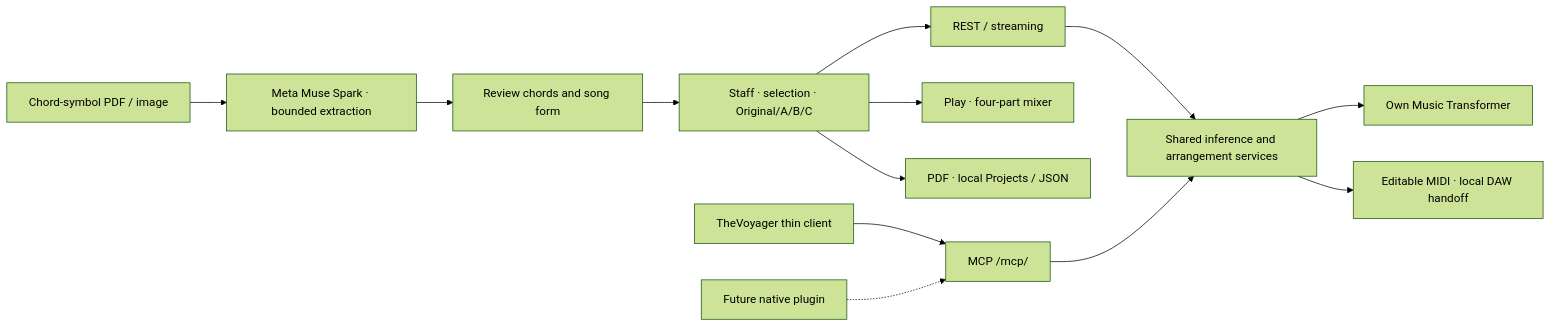
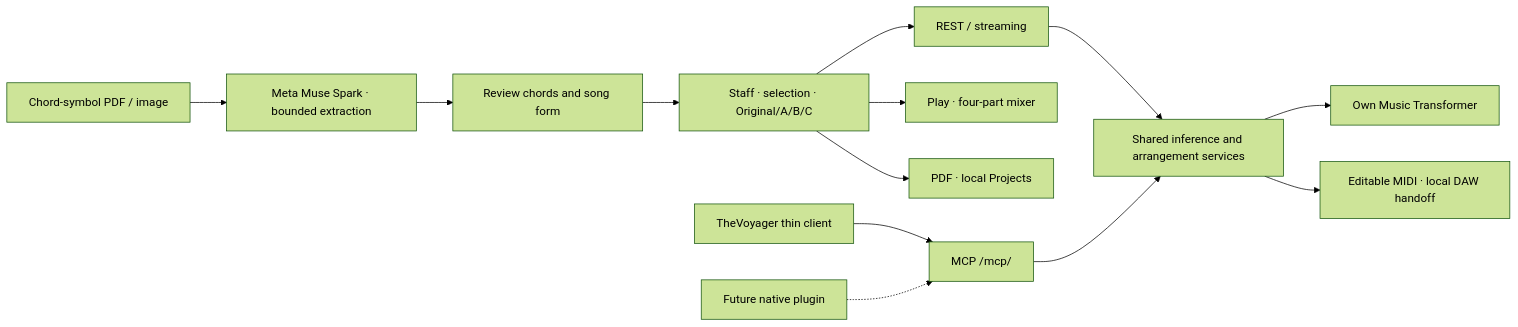
The first of 4 diagrams in README.md (PearlLeeStudio/TheArtist-DAW), drawn with Mermaid (forest theme) before and after one commit. The commit also changed other lines of this file and 5 other files, not shown here.

````diff
--- a/README.md
+++ b/README.md
@@ -209,15 +210,15 @@
 ```mermaid
 flowchart LR
   Score["Chord-symbol PDF / image"] --> Meta["Meta Muse Spark · bounded extraction"]
   Meta --> Review["Review chords and song form"]
   Review --> Editor["Staff · selection · Original/A/B/C"]
   Editor --> Rest["REST / streaming"]
   Voyager["TheVoyager thin client"] --> MCP["MCP /mcp/"]
   Plugin["Future native plugin"] -.-> MCP
   Rest --> Music["Shared inference and arrangement services"]
   MCP --> Music
   Music --> MT["Own Music Transformer"]
   Music --> MIDI["Editable MIDI · local DAW handoff"]
   Editor --> Play["Play · four-part mixer"]
-  Editor --> Files["PDF · local Projects / JSON"]
+  Editor --> Files["PDF · local Projects"]
 ```
````
